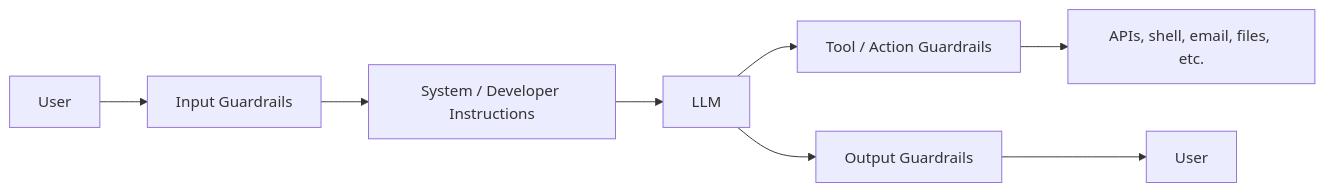
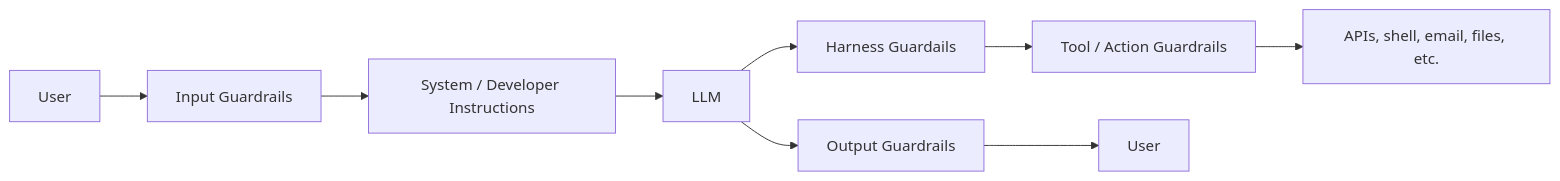
The third of 3 diagrams in Lecture/01_AI_App_Stack/Slides/Slides.md (mcgheee/AI_02H), drawn with Mermaid before and after one commit. The commit also changed other lines of this file, not shown here.

````diff
--- a/Lecture/01_AI_App_Stack/Slides/Slides.md
+++ b/Lecture/01_AI_App_Stack/Slides/Slides.md
@@ -206,14 +208,15 @@
 ```mermaid
 flowchart LR
   U_in["User"]
   IG["Input Guardrails"]
   SDI["System / Developer Instructions"]
   LLM["LLM"]
+  HARNESS["Harness Guardails"]
   TAG["Tool / Action Guardrails"]
   APIs["APIs, shell, email, files, etc."]
   OG["Output Guardrails"]
   U_out["User"]
   U_in --> IG --> SDI --> LLM
-  LLM --> TAG --> APIs
+  LLM --> HARNESS --> TAG --> APIs
   LLM --> OG --> U_out
 ```
````
